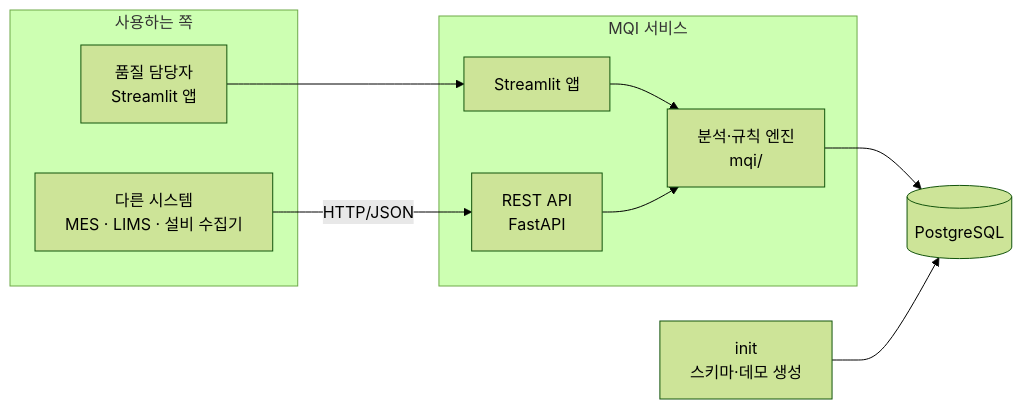
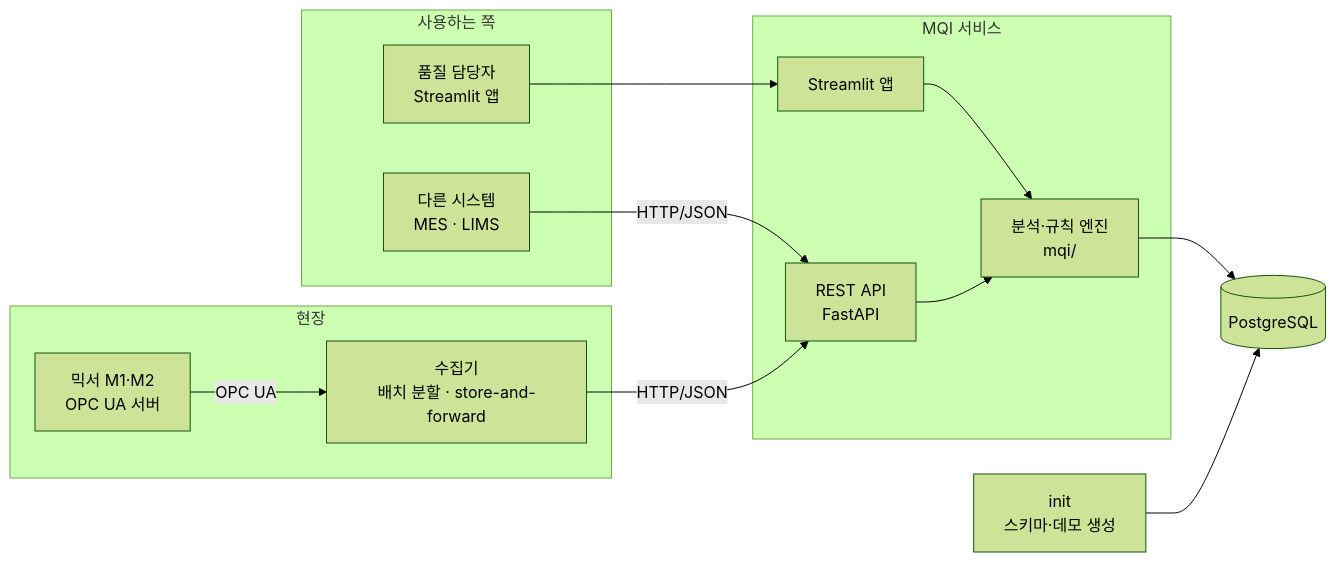
The first of 2 diagrams in README.md (Thisissun93/Material_Quality_Intelligence), drawn with Mermaid (forest theme) before and after one commit. The commit also changed other lines of this file and 23 other files, not shown here.

````diff
--- a/README.md
+++ b/README.md
@@ -161,20 +179,26 @@
 ```mermaid
 flowchart LR
   subgraph clients[사용하는 쪽]
     U[품질 담당자<br/>Streamlit 앱]
-    X[다른 시스템<br/>MES · LIMS · 설비 수집기]
+    X[다른 시스템<br/>MES · LIMS]
+  end
+  subgraph floor[현장]
+    EQ[믹서 M1·M2<br/>OPC UA 서버]
+    COL[수집기<br/>배치 분할 · store-and-forward]
   end
   subgraph svc[MQI 서비스]
     API[REST API<br/>FastAPI]
     APP[Streamlit 앱]
     CORE[분석·규칙 엔진<br/>mqi/]
   end
   DB[(PostgreSQL)]
   INIT[init<br/>스키마·데모 생성]
   U --> APP
   X -- HTTP/JSON --> API
+  EQ -- OPC UA --> COL
+  COL -- HTTP/JSON --> API
   APP --> CORE
   API --> CORE
   CORE --> DB
   INIT --> DB
 ```
````
